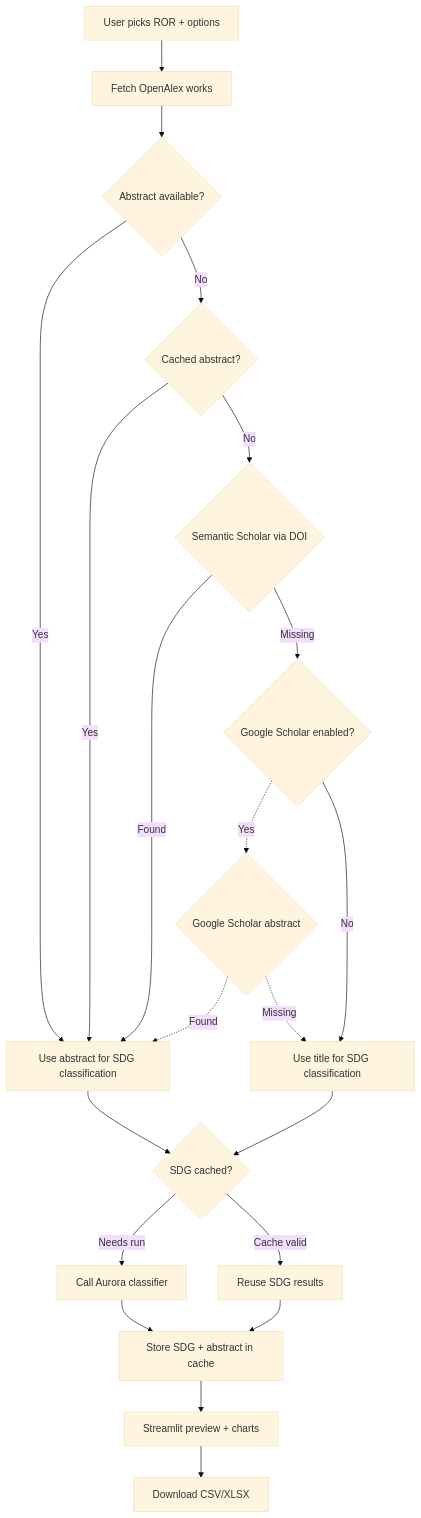
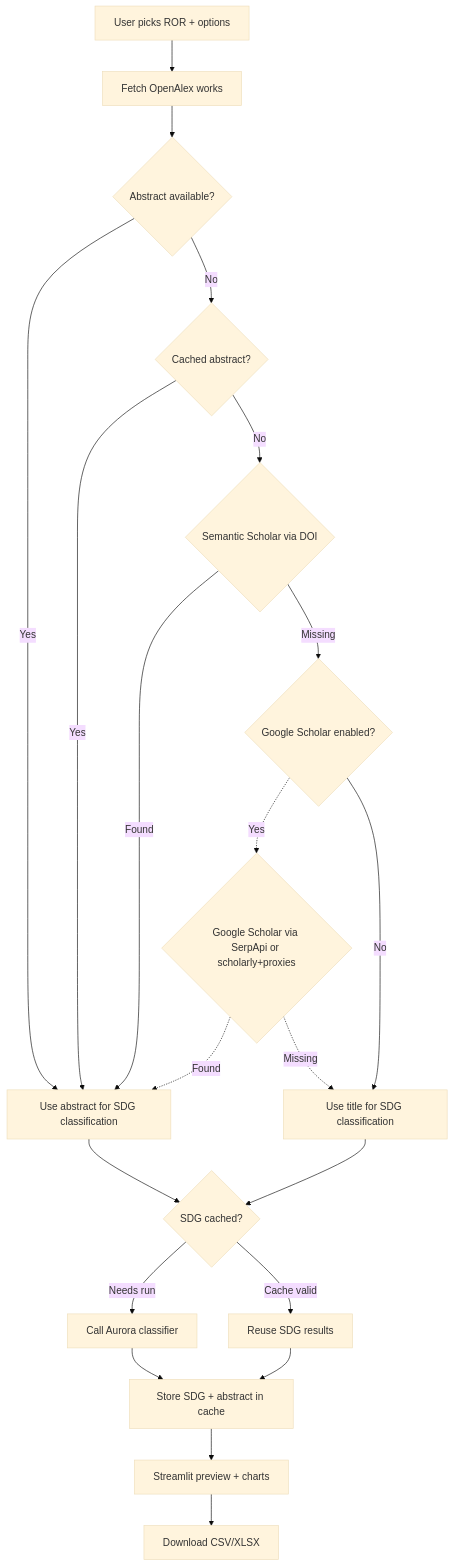
The diagram in README.md (jmiba/Aurora-SDG-Publication-Classifier), drawn with Mermaid (base theme) before and after one commit. The commit also changed other lines of this file and 3 other files, not shown here.

````diff
--- a/README.md
+++ b/README.md
@@ -19,23 +20,23 @@
 ```mermaid
 flowchart TB
     A[User picks ROR + options] --> B[Fetch OpenAlex works]
     B --> C{Abstract available?}
     C -->|Yes| D[Use abstract for SDG classification]
     C -->|No| E{Cached abstract?}
     E -->|Yes| D
     E -->|No| F{Semantic Scholar via DOI}
     F -->|Found| D
     F -->|Missing| G{Google Scholar enabled?}
     I -.->|Missing| H[Use title for SDG classification]
     G -->|No| H
-    G -.->|Yes| I{Google Scholar abstract}
+    G -.->|Yes| I{Google Scholar via SerpApi or scholarly+proxies}
     I -.->|Found| D
     D --> J{SDG cached?}
     H --> J
     J -->|Cache valid| K[Reuse SDG results]
     J -->|Needs run| L[Call Aurora classifier]
     L --> M[Store SDG + abstract in cache]
     K --> M
     M --> N[Streamlit preview + charts]
     N --> O[Download CSV/XLSX]
 ```
````
